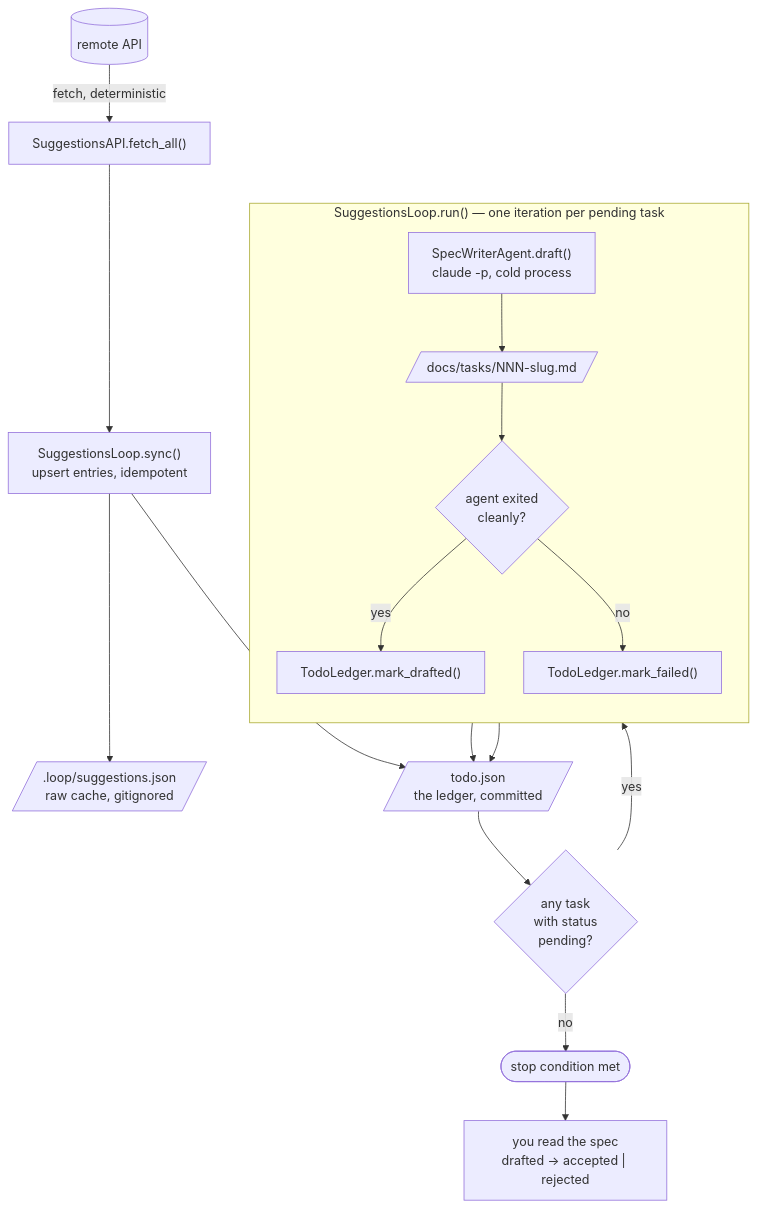
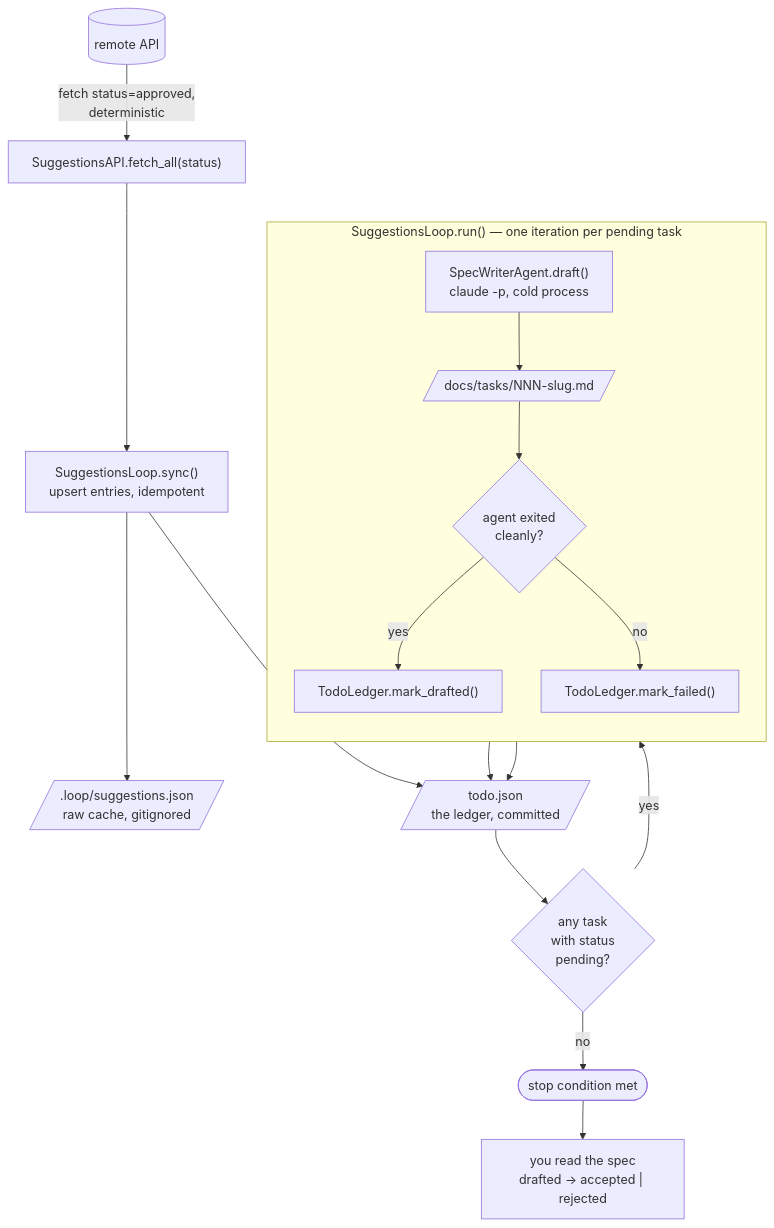
One commit to ArturZhukovets/momentum changed the first of 3 diagrams in ai_automation/LOOP.md. Above: the diagram before and after it, drawn with Mermaid. The commit also changed other lines of this file and 13 other files, not shown here.

````diff
--- a/ai_automation/LOOP.md
+++ b/ai_automation/LOOP.md
@@ -49,29 +49,29 @@
 ```mermaid
 graph TD
-    API[("remote API")] -->|fetch, deterministic| FETCH["SuggestionsAPI.fetch_all()"]
+    API[("remote API")] -->|"fetch status=approved,<br/>deterministic"| FETCH["SuggestionsAPI.fetch_all(status)"]
     FETCH --> SYNC["SuggestionsLoop.sync()<br/>upsert entries, idempotent"]
     SYNC --> CACHE[/".loop/suggestions.json<br/>raw cache, gitignored"/]
     SYNC --> LEDGER[/"todo.json<br/>the ledger, committed"/]
 
     LEDGER --> NEXT{"any task<br/>with status<br/>pending?"}
 
     subgraph LOOP["SuggestionsLoop.run() — one iteration per pending task"]
         direction TB
         DRAFT["SpecWriterAgent.draft()<br/>claude -p, cold process"]
         SPEC[/"docs/tasks/NNN-slug.md"/]
         OK{"agent exited<br/>cleanly?"}
         MARKD["TodoLedger.mark_drafted()"]
         MARKF["TodoLedger.mark_failed()"]
 
         DRAFT --> SPEC --> OK
         OK -->|yes| MARKD
         OK -->|no| MARKF
     end
 
     NEXT -->|yes| DRAFT
     NEXT -->|no| STOP(["stop condition met"])
     MARKD --> LEDGER
     MARKF --> LEDGER
 
     STOP --> HUMAN["you read the spec<br/>drafted → accepted | rejected"]
 ```
````
